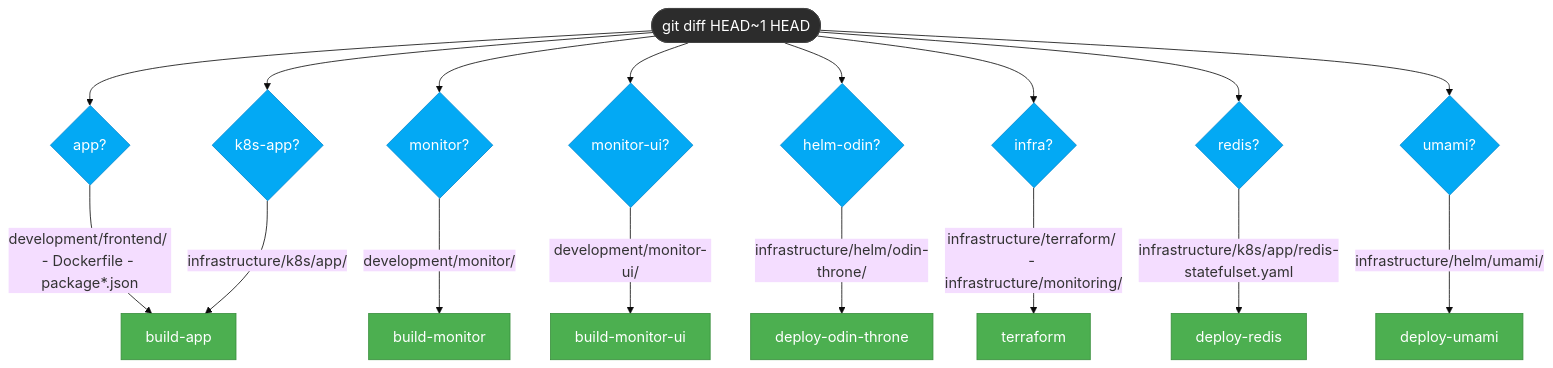
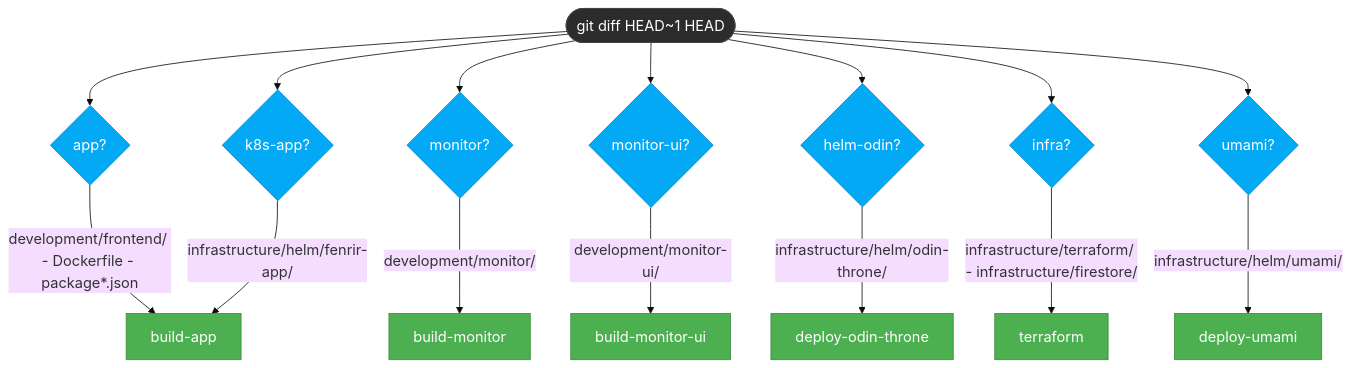
Before and after one commit to declanshanaghy/fenrir-ledger: the second of 6 diagrams in development/docs/github-workflows.md, drawn with Mermaid. The commit also changed other lines of this file and 11 other files, not shown here.

````diff
--- a/development/docs/github-workflows.md
+++ b/development/docs/github-workflows.md
@@ -40,29 +39,27 @@
 ```mermaid
 %%{init: {'theme': 'base', 'themeVariables': {'fontSize': '18px'}}}%%
 graph TD
     classDef primary fill:#03A9F4,stroke:#0288D1,color:#FFF
     classDef healthy fill:#4CAF50,stroke:#388E3C,color:#FFF
     classDef background fill:#2C2C2C,stroke:#444,color:#FFF
 
     diff([git diff HEAD~1 HEAD]) --> app{app?}
     diff --> k8sapp{k8s-app?}
     diff --> monitor{monitor?}
     diff --> monui{monitor-ui?}
     diff --> helmodin{helm-odin?}
     diff --> infra{infra?}
-    diff --> redis{redis?}
     diff --> umami{umami?}
 
     app -->|"development/frontend/ - Dockerfile - package*.json"| build-app[build-app]
-    k8sapp -->|"infrastructure/k8s/app/"| build-app
+    k8sapp -->|"infrastructure/helm/fenrir-app/"| build-app
     monitor -->|"development/monitor/"| build-monitor[build-monitor]
     monui -->|"development/monitor-ui/"| build-monitor-ui[build-monitor-ui]
     helmodin -->|"infrastructure/helm/odin-throne/"| deploy-odin[deploy-odin-throne]
-    infra -->|"infrastructure/terraform/ - infrastructure/monitoring/"| terraform[terraform]
-    redis -->|"infrastructure/k8s/app/redis-statefulset.yaml"| deploy-redis[deploy-redis]
+    infra -->|"infrastructure/terraform/ - infrastructure/firestore/"| terraform[terraform]
     umami -->|"infrastructure/helm/umami/"| deploy-umami[deploy-umami]
 
     class diff background
-    class app,k8sapp,monitor,monui,helmodin,infra,redis,umami primary
-    class build-app,build-monitor,build-monitor-ui,deploy-odin,terraform,deploy-redis,deploy-umami healthy
+    class app,k8sapp,monitor,monui,helmodin,infra,umami primary
+    class build-app,build-monitor,build-monitor-ui,deploy-odin,terraform,deploy-umami healthy
 ```
````
